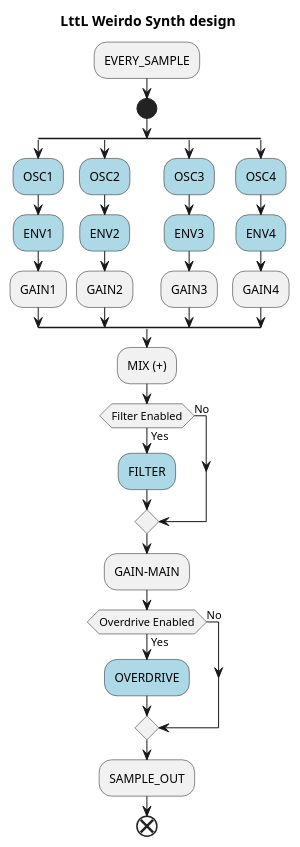
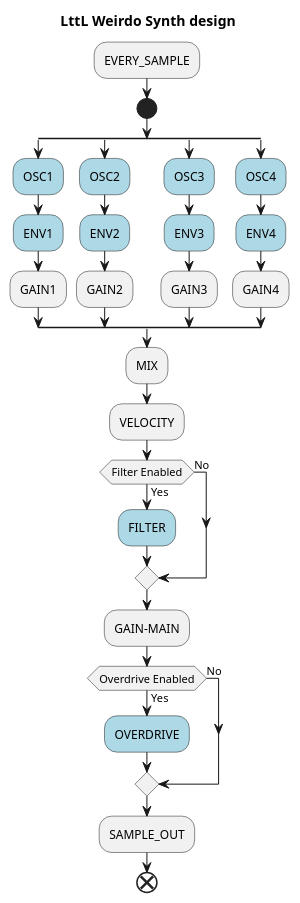
One commit to hi-squeaky-things/little-weirdo changed the diagram in docs/synth_design.plantuml. Above: the diagram before and after it, drawn with PlantUML. The commit also changed 5 other files, not shown here.

```diff
--- a/docs/synth_design.plantuml
+++ b/docs/synth_design.plantuml
@@ -1,38 +1,39 @@
 @startuml
 title LttL Weirdo Synth design
 :EVERY_SAMPLE;
 start
     split
        #LightBlue:OSC1;
        #LightBlue:ENV1;
        :GAIN1;
     split again
         #LightBlue:OSC2;
         #LightBlue:ENV2;
         :GAIN2;
     split again
         #LightBlue:OSC3;
         #LightBlue:ENV3;
         :GAIN3;
     split again
         #LightBlue:OSC4;
         #LightBlue:ENV4;
         :GAIN4;
     end split
-        :MIX (+);
+    :MIX;
+    :VELOCITY;
 if (Filter Enabled) equals (Yes)  then
    #LightBlue:FILTER;
 else (No)
 endif
 
 :GAIN-MAIN;
 
 if (Overdrive Enabled) equals (Yes) then
    #LightBlue:OVERDRIVE;
 else (No)
 endif
 
 :SAMPLE_OUT;
 
 end
 @enduml
```
